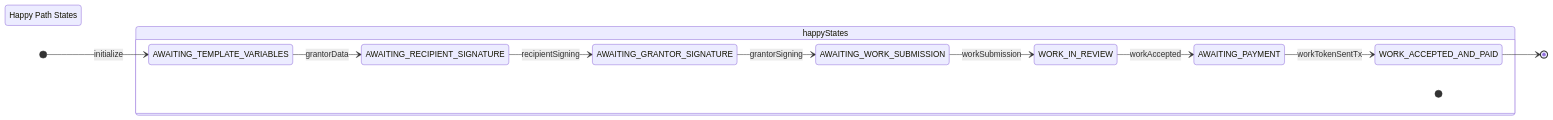
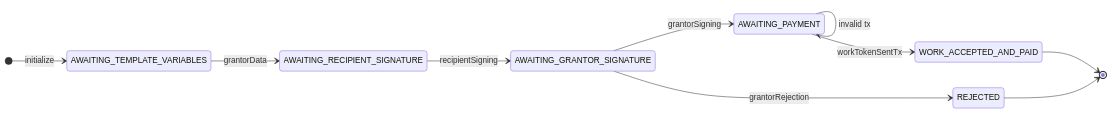
The diagram in lua-actor/src/tests/grant-simple/grant-simple.md (Consensys-Network-State/signet-execution-prototype), drawn with Mermaid before and after one commit. The commit also changed other lines of this file and 1 other file, not shown here.

````diff
--- a/lua-actor/src/tests/grant-simple/grant-simple.md
+++ b/lua-actor/src/tests/grant-simple/grant-simple.md
@@ -4,26 +3,18 @@
 ```mermaid
 stateDiagram-v2
     direction LR
     
-    state "Happy Path States" as happyStates #LightGreen
+    [*] --> AWAITING_TEMPLATE_VARIABLES: initialize
     
-    [*] --> AWAITING_TEMPLATE_VARIABLES: initialize
     AWAITING_TEMPLATE_VARIABLES --> AWAITING_RECIPIENT_SIGNATURE: grantorData
     AWAITING_RECIPIENT_SIGNATURE --> AWAITING_GRANTOR_SIGNATURE: recipientSigning
-    AWAITING_GRANTOR_SIGNATURE --> AWAITING_WORK_SUBMISSION: grantorSigning
-    AWAITING_WORK_SUBMISSION --> WORK_IN_REVIEW: workSubmission
-    WORK_IN_REVIEW --> AWAITING_PAYMENT: workAccepted
+    
+    AWAITING_GRANTOR_SIGNATURE --> AWAITING_PAYMENT: grantorSigning
+    AWAITING_GRANTOR_SIGNATURE --> REJECTED: grantorRejection
+    
+    AWAITING_PAYMENT --> AWAITING_PAYMENT: invalid tx
     AWAITING_PAYMENT --> WORK_ACCEPTED_AND_PAID: workTokenSentTx
+    
     WORK_ACCEPTED_AND_PAID --> [*]
-    
-    state happyStates {
-        [*]
-        AWAITING_TEMPLATE_VARIABLES
-        AWAITING_RECIPIENT_SIGNATURE
-        AWAITING_GRANTOR_SIGNATURE
-        AWAITING_WORK_SUBMISSION
-        WORK_IN_REVIEW
-        AWAITING_PAYMENT
-        WORK_ACCEPTED_AND_PAID
-    }
-```
+    REJECTED --> [*]
+``` 
````
